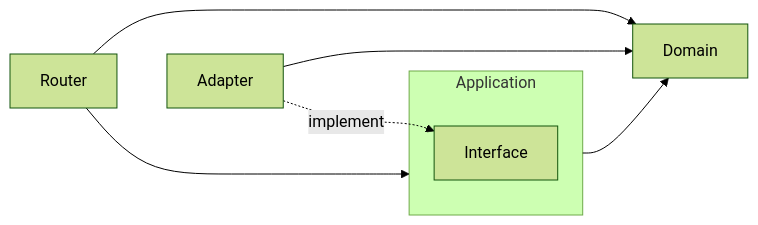
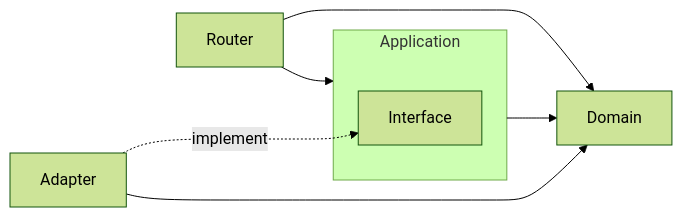
The second of 2 diagrams in README.md (chatbotgang/go-clean-arch), drawn with Mermaid (forest theme) before and after one commit. The commit also changed other lines of this file, not shown here.

Commit message:
refactor: improve descriptions of architecture

````diff
--- a/README.md
+++ b/README.md
@@ -30,14 +43,14 @@
 ```mermaid
-  flowchart LR
+  flowchart LR      
+      Adapter
       Router
-      Adapter
       subgraph Application
          Interface
       end
       Domain
       
-      Router ---> Application & Domain
-      Adapter ---> Domain
+      Router --> Application & Domain
       Adapter -. implement .-> Interface
+      Adapter ----> Domain
       Application --> Domain
 ```
````
